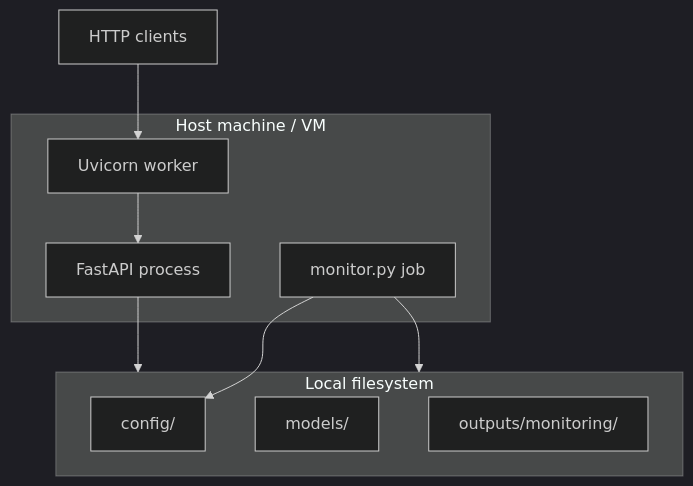
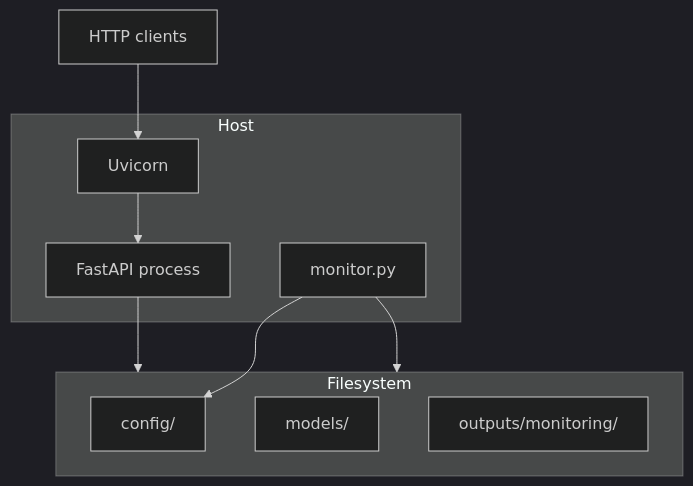
One commit to nhahub/NHA-4-190 changed the fourth of 9 diagrams in docs/03_system_design.md. Above: the diagram before and after it, drawn with Mermaid (dark theme). The commit also changed other lines of this file and 8 other files, not shown here.

````diff
--- a/docs/03_system_design.md
+++ b/docs/03_system_design.md
@@ -80,18 +80,18 @@
 ```mermaid
 flowchart TB
-  subgraph host["Host machine / VM"]
-    uv[Uvicorn worker]
-    api[FastAPI process]
-    mon[monitor.py job]
+  subgraph machine["Host"]
+    uv[Uvicorn]
+    proc[FastAPI process]
+    job[monitor.py]
   end
-  subgraph disk["Local filesystem"]
+  subgraph fs["Filesystem"]
     cfg[config/]
     models[models/]
     out[outputs/monitoring/]
   end
   Client[HTTP clients] --> uv
-  uv --> api
-  api --> disk
-  mon --> disk
-  mon --> cfg
+  uv --> proc
+  proc --> fs
+  job --> fs
+  job --> cfg
 ```
````
